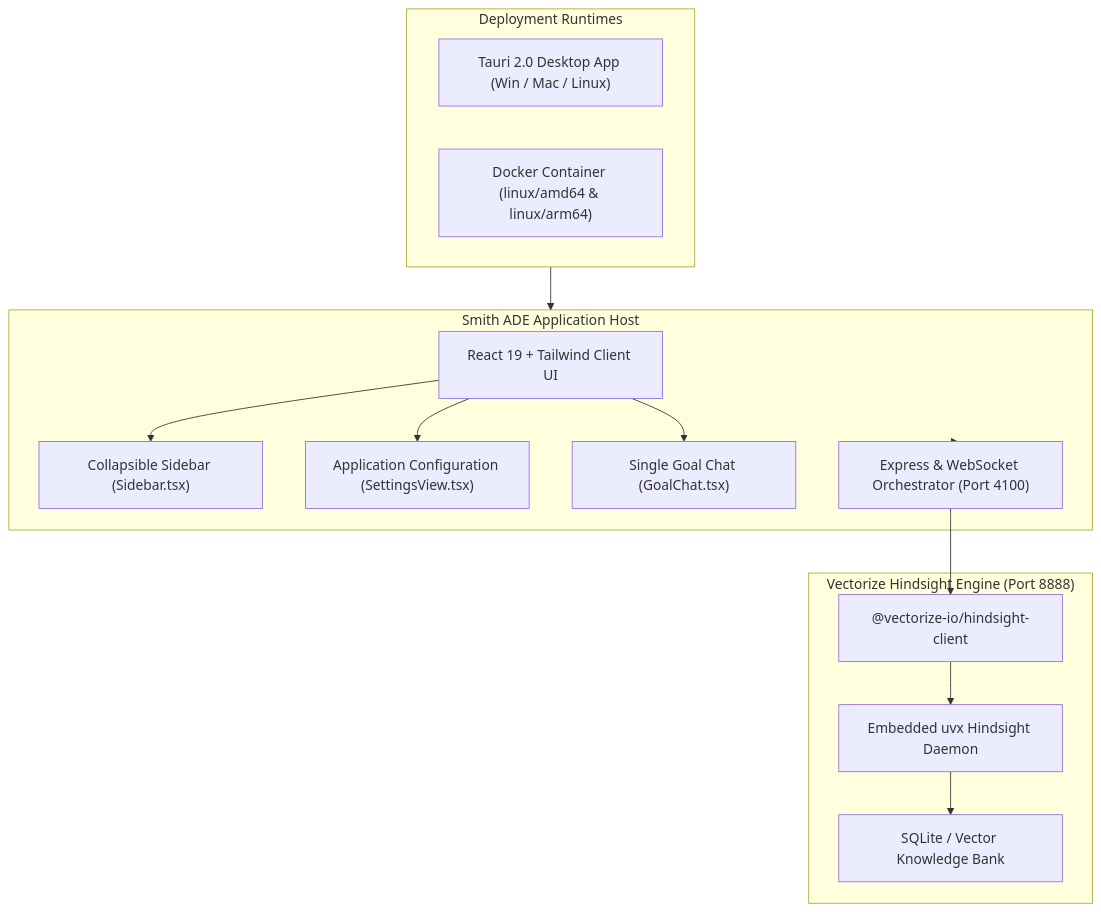
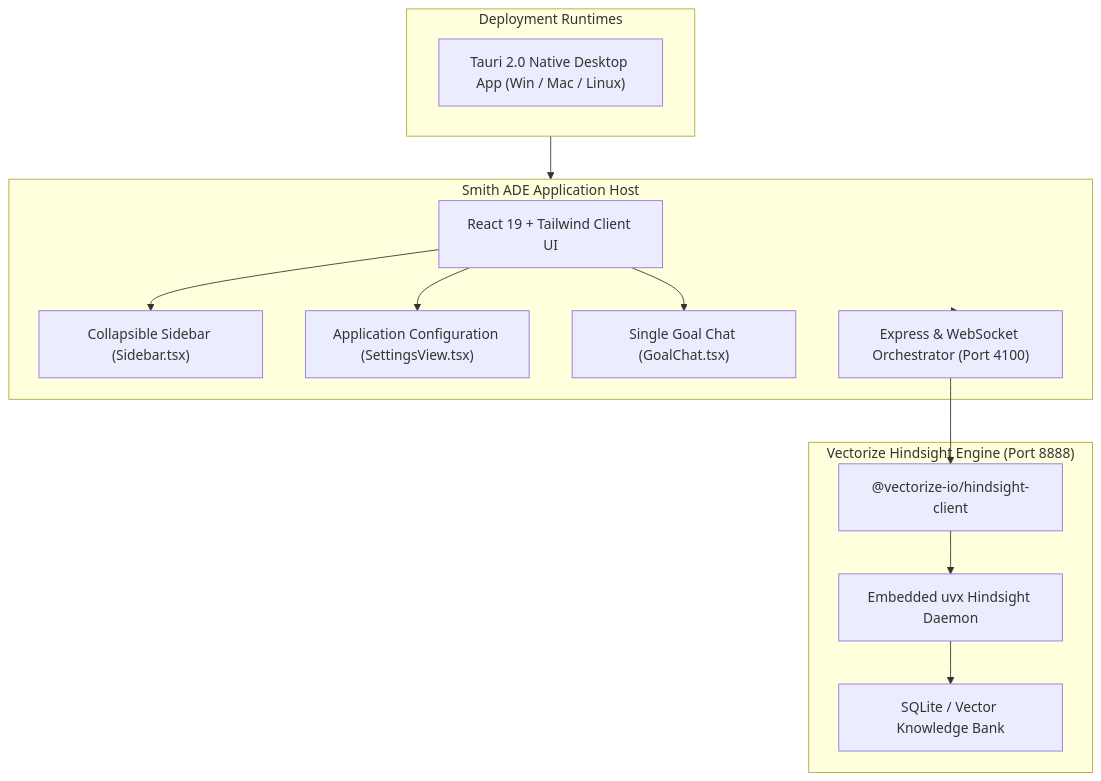
Before and after one commit to jeeyo/smith: the diagram in README.md, drawn with Mermaid. The commit also changed other lines of this file and 9 other files, not shown here.

````diff
--- a/README.md
+++ b/README.md
@@ -118,30 +96,29 @@
 ```mermaid
 flowchart TD
     subgraph HostOptions ["Deployment Runtimes"]
-        Tauri["Tauri 2.0 Desktop App (Win / Mac / Linux)"]
-        Docker["Docker Container (linux/amd64 & linux/arm64)"]
+        Tauri["Tauri 2.0 Native Desktop App (Win / Mac / Linux)"]
     end
 
     subgraph AppHost ["Smith ADE Application Host"]
         Renderer["React 19 + Tailwind Client UI"]
         Sidebar["Collapsible Sidebar (Sidebar.tsx)"]
         SettingsView["Application Configuration (SettingsView.tsx)"]
         GoalChat["Single Goal Chat (GoalChat.tsx)"]
         Server["Express & WebSocket Orchestrator (Port 4100)"]
     end
 
     subgraph Hindsight ["Vectorize Hindsight Engine (Port 8888)"]
         HSDaemon["Embedded uvx Hindsight Daemon"]
         HSClient["@vectorize-io/hindsight-client"]
         MemoryBank["SQLite / Vector Knowledge Bank"]
     end
 
     HostOptions --> AppHost
     Renderer --> Sidebar
     Renderer --> SettingsView
     Renderer --> GoalChat
     AppHost --> Server
     Server --> HSClient
     HSClient --> HSDaemon
     HSDaemon --> MemoryBank
 ```
````
